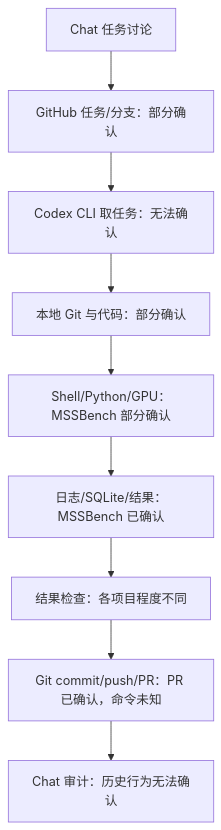
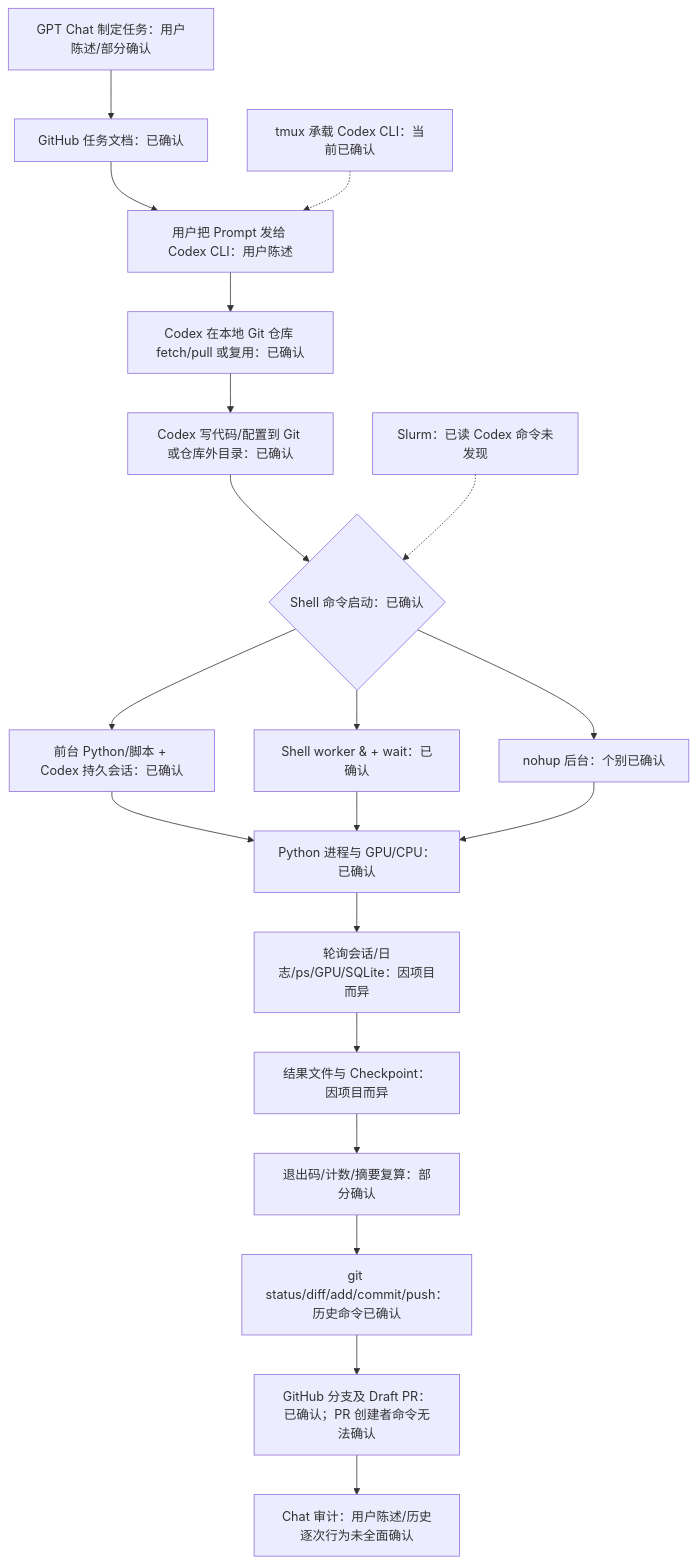
Before and after one commit to YuSun-WK/implicit-content-research: the diagram in 07_researchops/historical_workflow_audit/current_workflow.mmd, drawn with Mermaid. The commit also changed 12 other files, not shown here.

```diff
--- a/07_researchops/historical_workflow_audit/current_workflow.mmd
+++ b/07_researchops/historical_workflow_audit/current_workflow.mmd
@@ -1,9 +1,20 @@
 flowchart TD
-  A["Chat 任务讨论"] --> B["GitHub 任务/分支：部分确认"]
-  B --> C["Codex CLI 取任务：无法确认"]
-  C --> D["本地 Git 与代码：部分确认"]
-  D --> E["Shell/Python/GPU：MSSBench 部分确认"]
-  E --> F["日志/SQLite/结果：MSSBench 已确认"]
-  F --> G["结果检查：各项目程度不同"]
-  G --> H["Git commit/push/PR：PR 已确认，命令未知"]
-  H --> I["Chat 审计：历史行为无法确认"]
+  A["GPT Chat 制定任务：用户陈述/部分确认"] --> B["GitHub 任务文档：已确认"]
+  B --> C["用户把 Prompt 发给 Codex CLI：用户陈述"]
+  C --> D["Codex 在本地 Git 仓库 fetch/pull 或复用：已确认"]
+  D --> E["Codex 写代码/配置到 Git 或仓库外目录：已确认"]
+  E --> F{"Shell 命令启动：已确认"}
+  F --> G1["前台 Python/脚本 + Codex 持久会话：已确认"]
+  F --> G2["Shell worker & + wait：已确认"]
+  F --> G3["nohup 后台：个别已确认"]
+  G1 --> H["Python 进程与 GPU/CPU：已确认"]
+  G2 --> H
+  G3 --> H
+  H --> I["轮询会话/日志/ps/GPU/SQLite：因项目而异"]
+  I --> J["结果文件与 Checkpoint：因项目而异"]
+  J --> K["退出码/计数/摘要复算：部分确认"]
+  K --> L["git status/diff/add/commit/push：历史命令已确认"]
+  L --> M["GitHub 分支及 Draft PR：已确认；PR 创建者命令无法确认"]
+  M --> N["Chat 审计：用户陈述/历史逐次行为未全面确认"]
+  T["tmux 承载 Codex CLI：当前已确认"] -.-> C
+  S["Slurm：已读 Codex 命令未发现"] -.-> F
```
